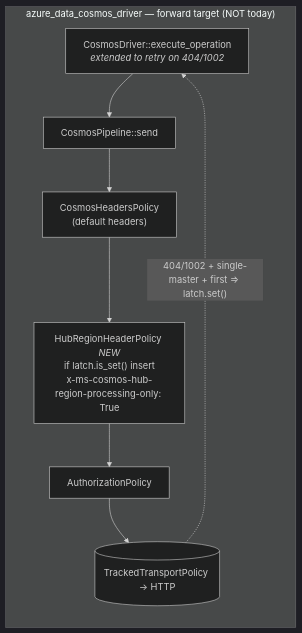
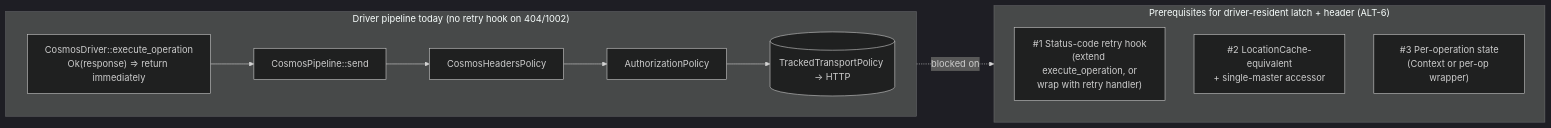
Before and after one commit to Azure/azure-sdk-for-rust: the second of 2 diagrams in sdk/cosmos/azure_data_cosmos/docs/HUB_REGION_PROCESSING_HEADER_SPEC.md, drawn with Mermaid (dark theme). The commit also changed other lines of this file, not shown here.

First line of the commit message:
spec: address deep-reviewer findings on driver-aligned rework

````diff
--- a/sdk/cosmos/azure_data_cosmos/docs/HUB_REGION_PROCESSING_HEADER_SPEC.md
+++ b/sdk/cosmos/azure_data_cosmos/docs/HUB_REGION_PROCESSING_HEADER_SPEC.md
@@ -169,14 +175,19 @@
 ```mermaid
-flowchart TD
-    subgraph Driver["azure_data_cosmos_driver — forward target (NOT today)"]
+flowchart LR
+    subgraph DriverToday["Driver pipeline today (no retry hook on 404/1002)"]
+        direction LR
+        DRV1["CosmosDriver::execute_operation<br/>Ok(response) ⇒ return immediately"]
+        PIPE1["CosmosPipeline::send"]
+        HDR1["CosmosHeadersPolicy"]
+        AUTH1["AuthorizationPolicy"]
+        XPORT1[("TrackedTransportPolicy → HTTP")]
+        DRV1 --> PIPE1 --> HDR1 --> AUTH1 --> XPORT1
+    end
+    subgraph Gap["Prerequisites for driver-resident latch + header (ALT-6)"]
         direction TB
-        DRV["CosmosDriver::execute_operation<br/><i>extended to retry on 404/1002</i>"]
-        PIPE["CosmosPipeline::send"]
-        HDR["CosmosHeadersPolicy<br/>(default headers)"]
-        HUB["HubRegionHeaderPolicy <i>NEW</i><br/>if latch.is_set() insert<br/>x-ms-cosmos-hub-region-processing-only: True"]
-        AUTH["AuthorizationPolicy"]
-        XPORT[("TrackedTransportPolicy → HTTP")]
-        DRV --> PIPE --> HDR --> HUB --> AUTH --> XPORT
-        XPORT -. "404/1002 + single-master + first ⇒ latch.set()" .-> DRV
+        P1["#1 Status-code retry hook<br/>(extend execute_operation, or<br/>wrap with retry handler)"]
+        P2["#2 LocationCache-equivalent<br/>+ single-master accessor"]
+        P3["#3 Per-operation state<br/>(Context or per-op wrapper)"]
     end
+    DriverToday -. "blocked on" .-> Gap
 ```
````
